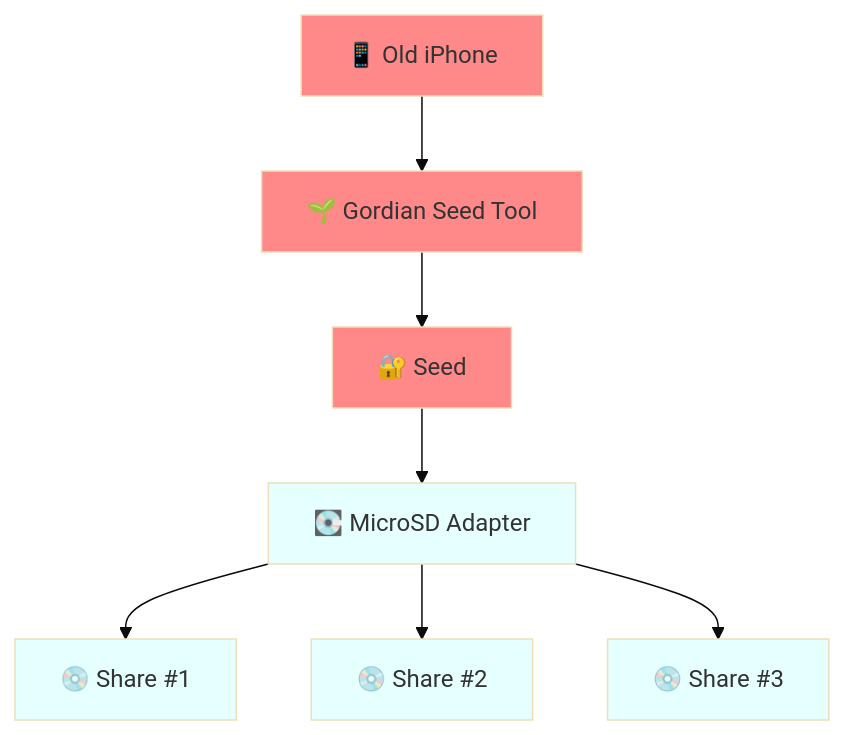
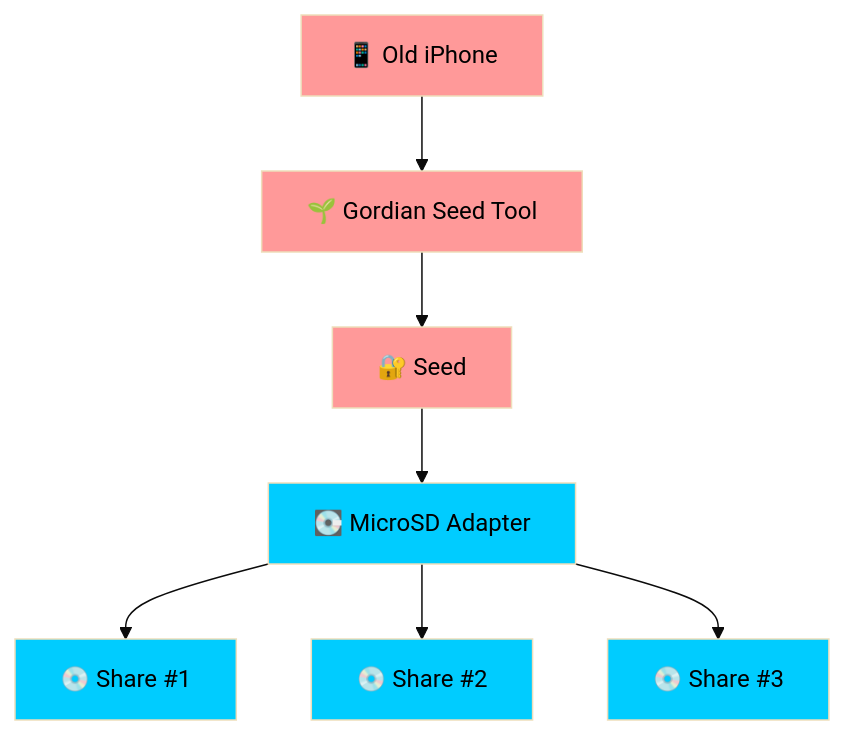
One commit to BlockchainCommons/SmartCustody changed diagram 11 of 26 in Docs/Scenario-Multisig.md. Above: the diagram before and after it, drawn with Mermaid (base theme). The commit also changed other lines of this file, not shown here.

````diff
--- a/Docs/Scenario-Multisig.md
+++ b/Docs/Scenario-Multisig.md
@@ -402,24 +402,24 @@
 ```mermaid
     graph TD;
     A["📱 Old iPhone"]
     B["🌱 Gordian Seed Tool"]
     C["🔐 Seed"]
     H["💽 MicroSD Adapter"]
     I["💿 Share #1"]
     J["💿 Share #2"]
     K["💿 Share #3"]
     
     A-->B-->C
     C-->H
     H-->I
     H-->J
     H-->K
   
-    style A fill:#ff8888;
-style B fill:#ff8888;
-style C fill:#ff8888;
-style H fill:#e6ffff;
-style I fill:#e6ffff;
-style J fill:#e6ffff;
-style K fill:#e6ffff;
+style A color:#000,fill:#ff9999;
+style B color:#000,fill:#ff9999;
+style C color:#000,fill:#ff9999;
+style H color:#000,fill:#00ccff;
+style I color:#000,fill:#00ccff;
+style J color:#000,fill:#00ccff;
+style K color:#000,fill:#00ccff;
 ```
````
